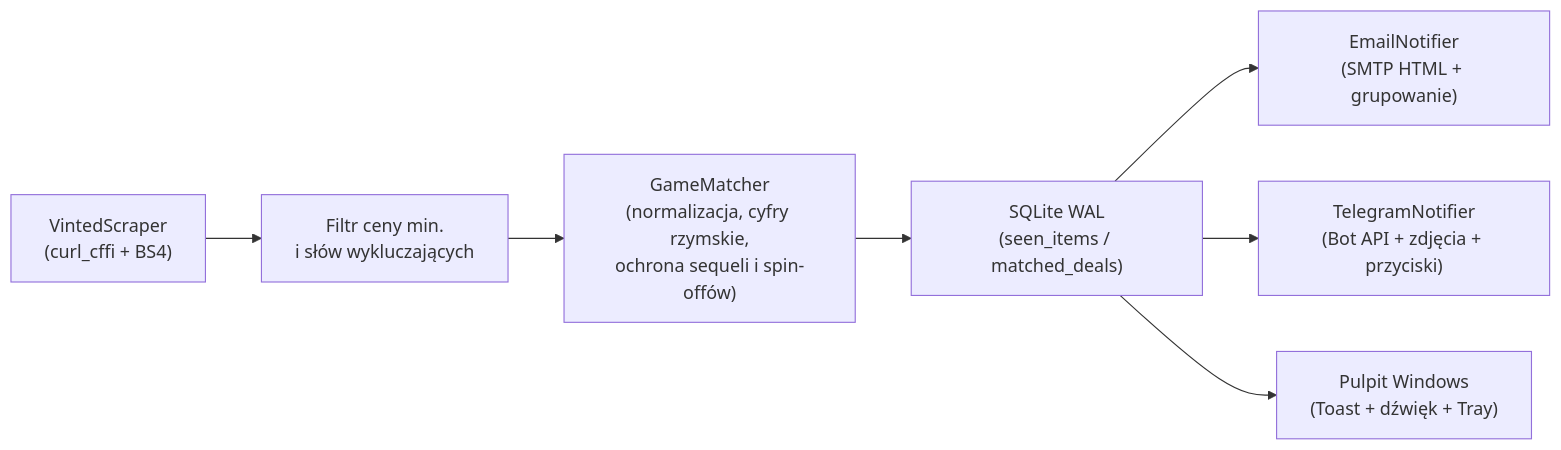
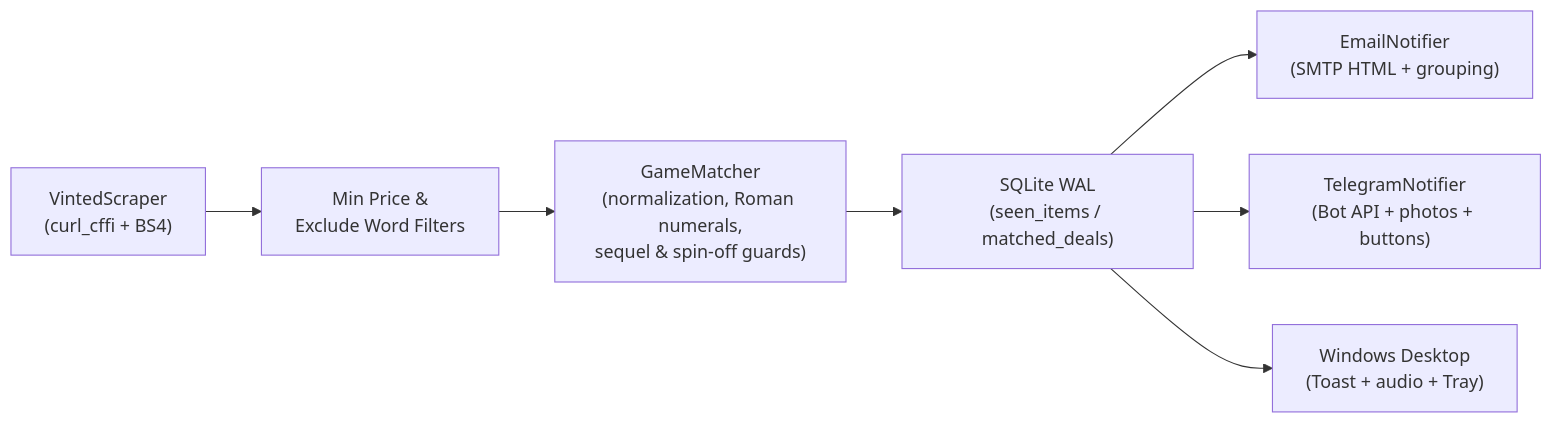
One commit to kicpir99/vinted-monitor-showcase changed the diagram in README.md. Above: the diagram before and after it, drawn with Mermaid. The commit also changed other lines of this file, not shown here.

````diff
--- a/README.md
+++ b/README.md
@@ -20,9 +20,9 @@
 ```mermaid
 flowchart LR
-    A["VintedScraper\n(curl_cffi + BS4)"] --> B["Filtr ceny min.\ni słów wykluczających"]
-    B --> C["GameMatcher\n(normalizacja, cyfry rzymskie,\nochrona sequeli i spin-offów)"]
+    A["VintedScraper\n(curl_cffi + BS4)"] --> B["Min Price &\nExclude Word Filters"]
+    B --> C["GameMatcher\n(normalization, Roman numerals,\nsequel & spin-off guards)"]
     C --> D["SQLite WAL\n(seen_items / matched_deals)"]
-    D --> E["EmailNotifier\n(SMTP HTML + grupowanie)"]
-    D --> F["TelegramNotifier\n(Bot API + zdjęcia + przyciski)"]
-    D --> G["Pulpit Windows\n(Toast + dźwięk + Tray)"]
+    D --> E["EmailNotifier\n(SMTP HTML + grouping)"]
+    D --> F["TelegramNotifier\n(Bot API + photos + buttons)"]
+    D --> G["Windows Desktop\n(Toast + audio + Tray)"]
 ```
````
